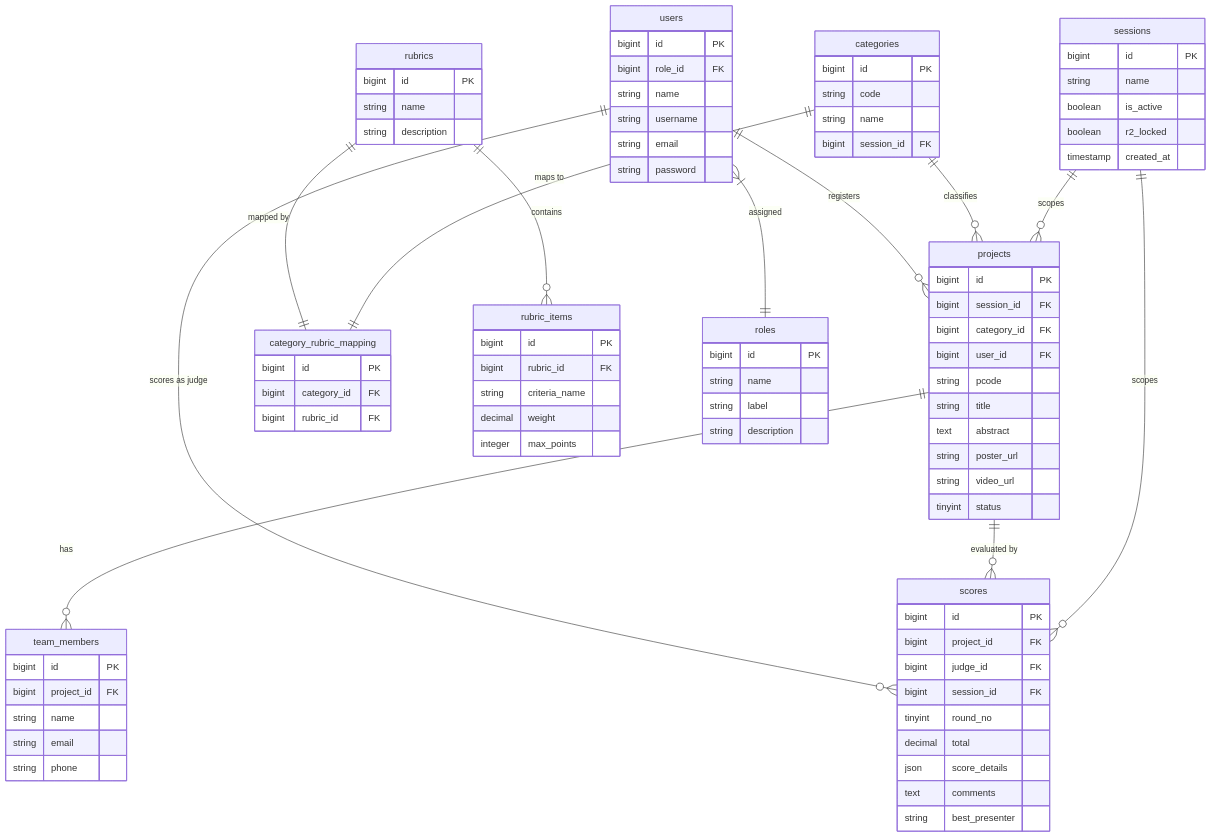
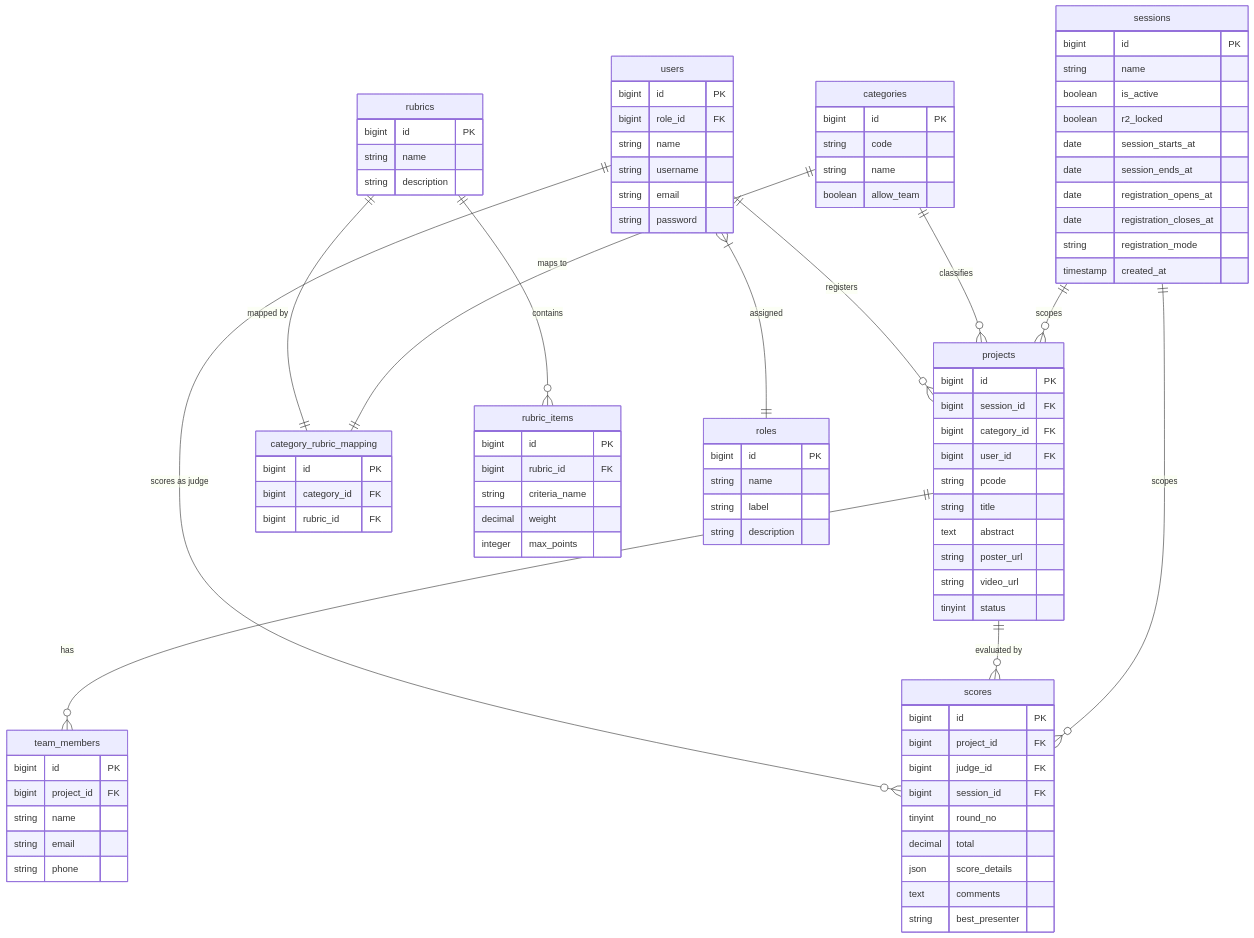
One commit to ahmadzakiabdullah/inotek changed the diagram in docs/database.md. Above: the diagram before and after it, drawn with Mermaid. The commit also changed other lines of this file and 144 other files, not shown here.

```diff
--- a/docs/database.md
+++ b/docs/database.md
@@ -25,6 +25,11 @@
         string name
         boolean is_active
         boolean r2_locked
+        date session_starts_at
+        date session_ends_at
+        date registration_opens_at
+        date registration_closes_at
+        string registration_mode
         timestamp created_at
     }
 
@@ -32,7 +37,7 @@
         bigint id PK
         string code
         string name
-        bigint session_id FK
+        boolean allow_team
     }
 
     roles {
```
